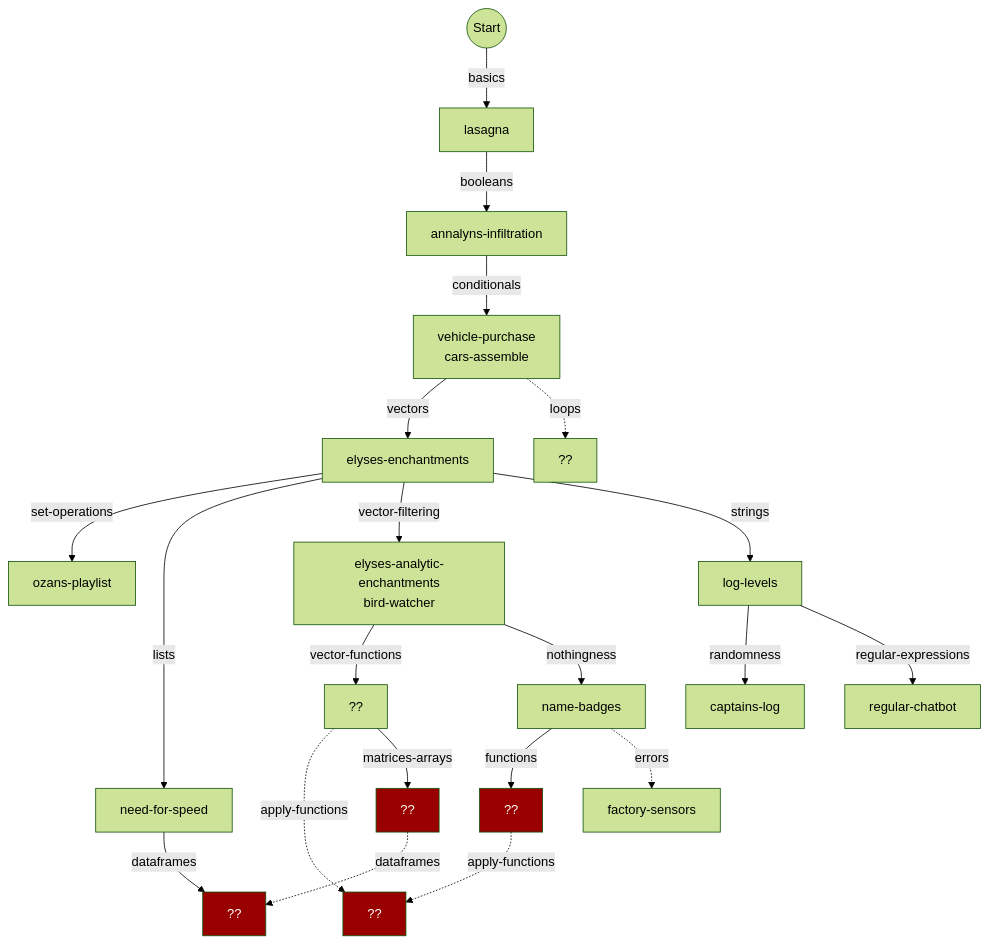
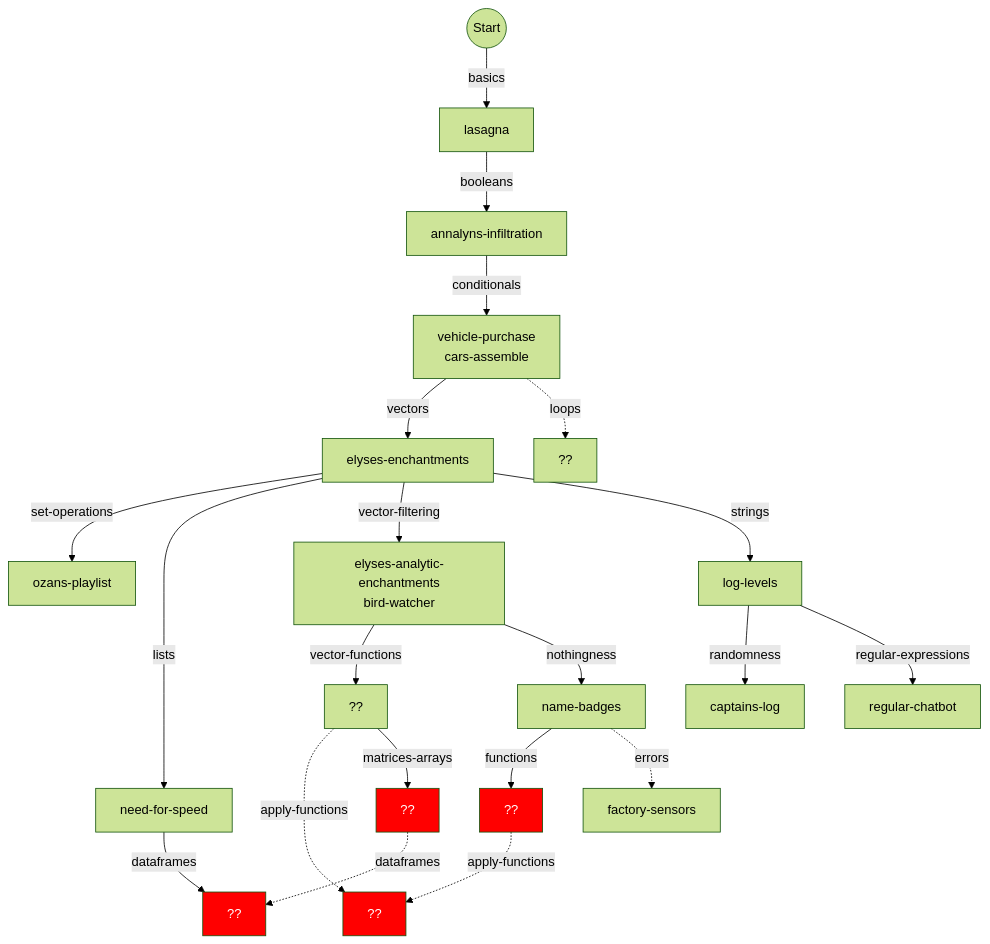
The first of 2 diagrams in flowchart.md (colinleach/r_concepts), drawn with Mermaid (forest theme) before and after one commit.

Commit message:
flowchart

````diff
--- a/flowchart.md
+++ b/flowchart.md
@@ -10,28 +10,28 @@
 ```mermaid
 graph TD
     
 start(("Start")) --basics--> basics["lasagna"]
 basics --booleans--> booleans["annalyns-infiltration"]
 booleans --conditionals--> conditionals["vehicle-purchase<br/>cars-assemble"]
 conditionals --vectors--> vectors["elyses-enchantments"]
 conditionals -.loops.-> loops["??"]
 vectors --set-operations--> set-operations["ozans-playlist"]
 strings --randomness--> randomness["captains-log"]
 vectors --lists--> lists["need-for-speed"]
 vectors --vector-filtering--> vector-filtering["elyses-analytic-enchantments<br/>bird-watcher"]
 strings --regular-expressions--> regular-expressions["regular-chatbot"]
 vector-filtering --vector-functions--> vector-functions["??"]
 vector-filtering --nothingness--> nothingness["name-badges"]
 vectors --strings--> strings["log-levels"]
 nothingness --functions--> functions["??"]
-style functions fill:#900,color:#fff
+style functions fill:#f00,color:#fff
 nothingness -.errors.-> errors["factory-sensors "]
 functions -.apply-functions.-> apply-functions["??"]
 vector-functions -.apply-functions.-> apply-functions["??"]
-style apply-functions fill:#900,color:#fff
+style apply-functions fill:#f00,color:#fff
 vector-functions --matrices-arrays--> matrices-arrays["??"]
-style matrices-arrays fill:#900,color:#fff
+style matrices-arrays fill:#f00,color:#fff
 lists --dataframes--> dataframes["??"]
-style dataframes fill:#900,color:#fff
+style dataframes fill:#f00,color:#fff
 matrices-arrays -.dataframes.-> dataframes
 ```
````
